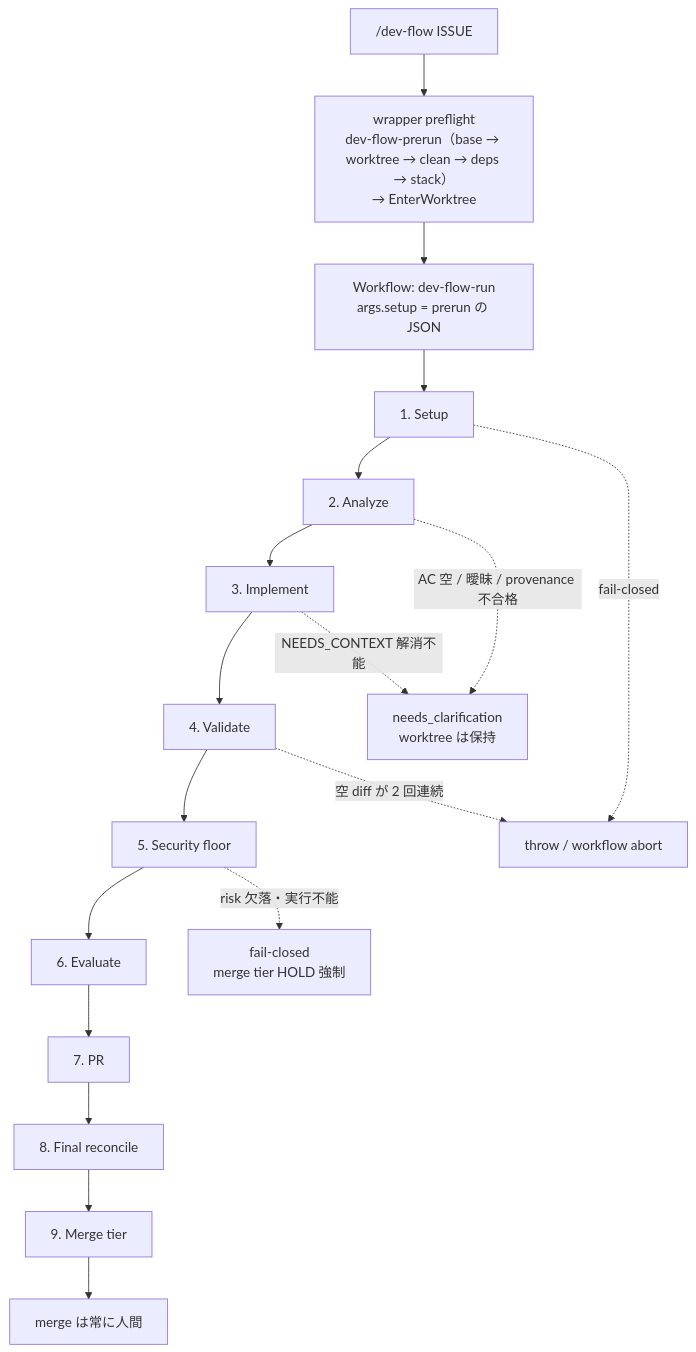
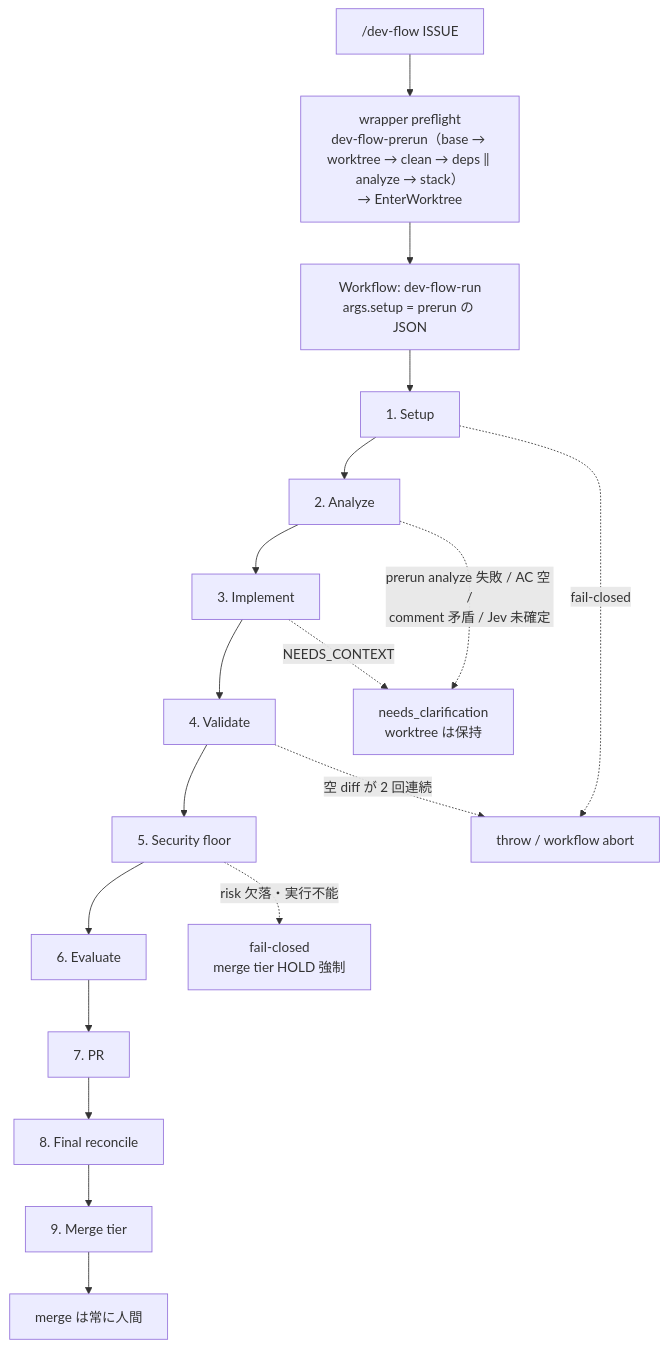
Before and after one commit to it-all-playpark/skills: the first of 13 diagrams in docs/dev-flow-atlas.md, drawn with Mermaid. The commit also changed other lines of this file and 60 other files, not shown here.

Commit message:
refactor(dev-flow): Analyze を prerun の script 段（analyze-issue --contract + Jev 有界判定）へ移して deps install と並列化し、LLM 転写と捏造防止 probe 群（通常経路 spawn 2〜4 → 0）を撤去する (#690) (#692)

````diff
--- a/docs/dev-flow-atlas.md
+++ b/docs/dev-flow-atlas.md
@@ -35,21 +35,21 @@
 ```mermaid
 flowchart TD
-    U["/dev-flow ISSUE"] --> PF["wrapper preflight<br/>dev-flow-prerun（base → worktree → clean → deps → stack）<br/>→ EnterWorktree"]
+    U["/dev-flow ISSUE"] --> PF["wrapper preflight<br/>dev-flow-prerun（base → worktree → clean → deps ‖ analyze → stack）<br/>→ EnterWorktree"]
     PF --> W["Workflow: dev-flow-run<br/>args.setup = prerun の JSON"]
     W --> S["1. Setup"]
     S --> A["2. Analyze"]
     A --> I["3. Implement"]
     I --> V["4. Validate"]
     V --> SF["5. Security floor"]
     SF --> E["6. Evaluate"]
     E --> R["7. PR"]
     R --> FR["8. Final reconcile"]
     FR --> MT["9. Merge tier"]
     MT --> HU["merge は常に人間"]
 
     S -.->|"fail-closed"| AB["throw / workflow abort"]
     V -.->|"空 diff が 2 回連続"| AB
-    A -.->|"AC 空 / 曖昧 / provenance 不合格"| NC["needs_clarification<br/>worktree は保持"]
-    I -.->|"NEEDS_CONTEXT 解消不能"| NC
+    A -.->|"prerun analyze 失敗 / AC 空 /<br/>comment 矛盾 / Jev 未確定"| NC["needs_clarification<br/>worktree は保持"]
+    I -.->|"NEEDS_CONTEXT"| NC
     SF -.->|"risk 欠落・実行不能"| FC["fail-closed<br/>merge tier HOLD 強制"]
 ```
````
